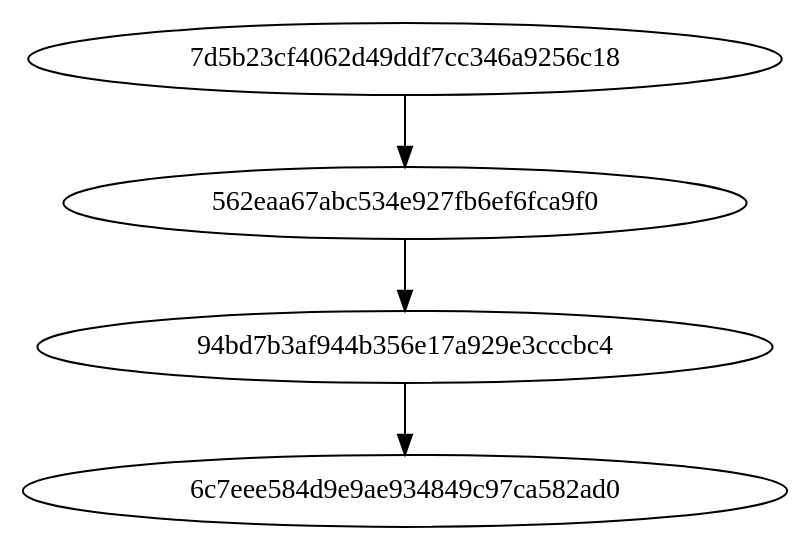
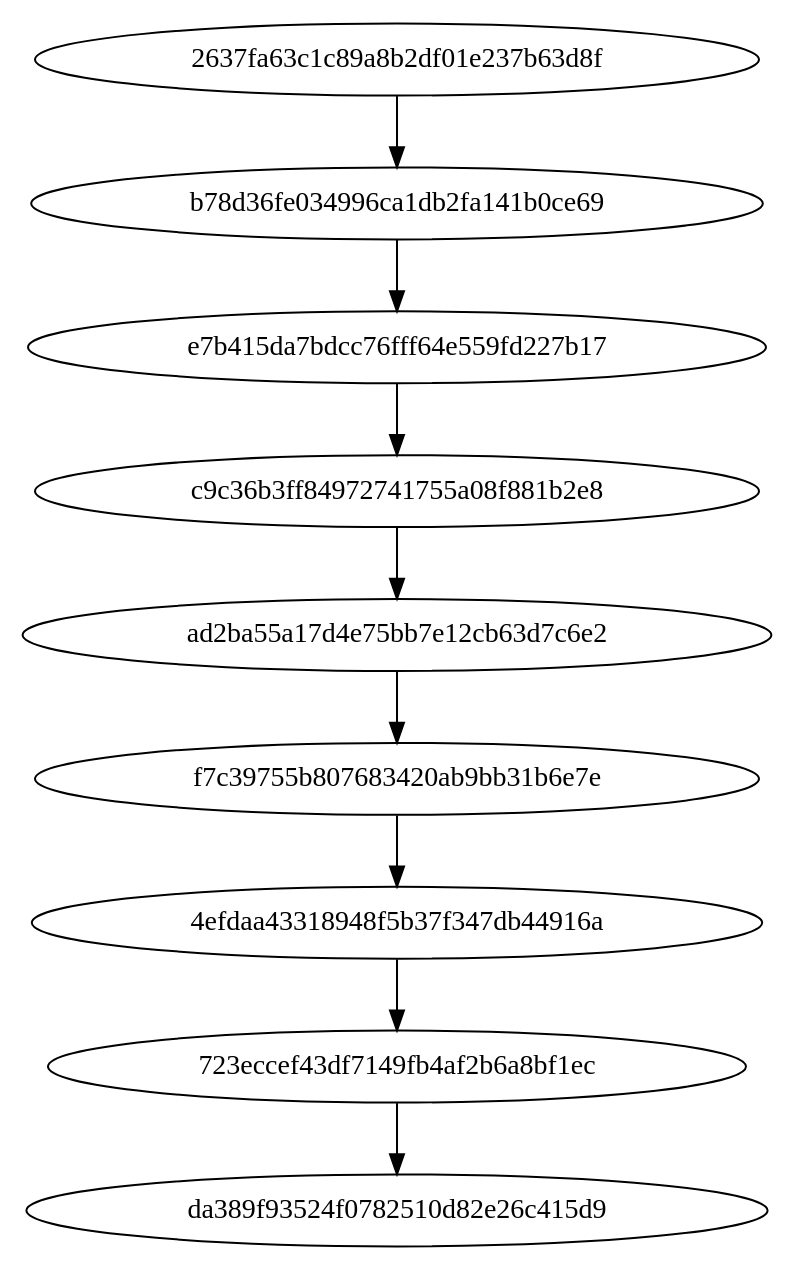
The diagram in Viajes.dot (dani3l8200/EDD_PROYECTO2_201801364_201807100), drawn with Graphviz before and after one commit. The commit also changed 117 other files, not shown here.

```diff
--- a/Viajes.dot
+++ b/Viajes.dot
@@ -1,11 +1,21 @@
 digraph D {
 
-	 BC7d5b23cf4062d49ddf7cc346a9256c18[label="7d5b23cf4062d49ddf7cc346a9256c18"]
-	BC562eaa67abc534e927fb6ef6fca9f0[label="562eaa67abc534e927fb6ef6fca9f0"]
-	BC7d5b23cf4062d49ddf7cc346a9256c18 -> BC562eaa67abc534e927fb6ef6fca9f0
-	BC94bd7b3af944b356e17a929e3cccbc4[label="94bd7b3af944b356e17a929e3cccbc4"]
-	BC562eaa67abc534e927fb6ef6fca9f0 -> BC94bd7b3af944b356e17a929e3cccbc4
-	BC6c7eee584d9e9ae934849c97ca582ad0[label="6c7eee584d9e9ae934849c97ca582ad0"]
-	BC94bd7b3af944b356e17a929e3cccbc4 -> BC6c7eee584d9e9ae934849c97ca582ad0
+	 BC2637fa63c1c89a8b2df01e237b63d8f[label="2637fa63c1c89a8b2df01e237b63d8f"]
+	BCb78d36fe034996ca1db2fa141b0ce69[label="b78d36fe034996ca1db2fa141b0ce69"]
+	BC2637fa63c1c89a8b2df01e237b63d8f -> BCb78d36fe034996ca1db2fa141b0ce69
+	BCe7b415da7bdcc76fff64e559fd227b17[label="e7b415da7bdcc76fff64e559fd227b17"]
+	BCb78d36fe034996ca1db2fa141b0ce69 -> BCe7b415da7bdcc76fff64e559fd227b17
+	BCc9c36b3ff84972741755a08f881b2e8[label="c9c36b3ff84972741755a08f881b2e8"]
+	BCe7b415da7bdcc76fff64e559fd227b17 -> BCc9c36b3ff84972741755a08f881b2e8
+	BCad2ba55a17d4e75bb7e12cb63d7c6e2[label="ad2ba55a17d4e75bb7e12cb63d7c6e2"]
+	BCc9c36b3ff84972741755a08f881b2e8 -> BCad2ba55a17d4e75bb7e12cb63d7c6e2
+	BCf7c39755b807683420ab9bb31b6e7e[label="f7c39755b807683420ab9bb31b6e7e"]
+	BCad2ba55a17d4e75bb7e12cb63d7c6e2 -> BCf7c39755b807683420ab9bb31b6e7e
+	BC4efdaa43318948f5b37f347db44916a[label="4efdaa43318948f5b37f347db44916a"]
+	BCf7c39755b807683420ab9bb31b6e7e -> BC4efdaa43318948f5b37f347db44916a
+	BC723eccef43df7149fb4af2b6a8bf1ec[label="723eccef43df7149fb4af2b6a8bf1ec"]
+	BC4efdaa43318948f5b37f347db44916a -> BC723eccef43df7149fb4af2b6a8bf1ec
+	BCda389f93524f0782510d82e26c415d9[label="da389f93524f0782510d82e26c415d9"]
+	BC723eccef43df7149fb4af2b6a8bf1ec -> BCda389f93524f0782510d82e26c415d9
 
 }
```
